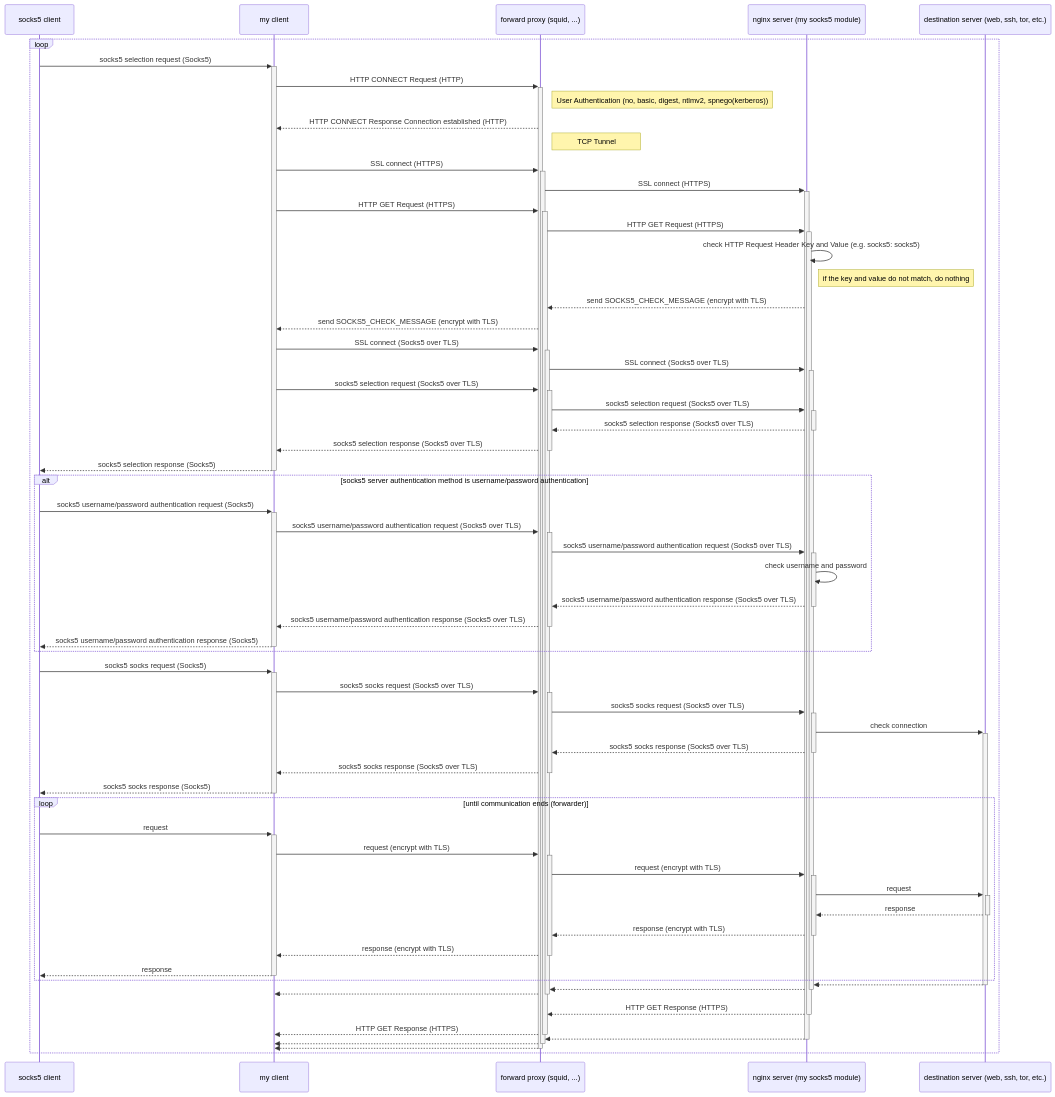
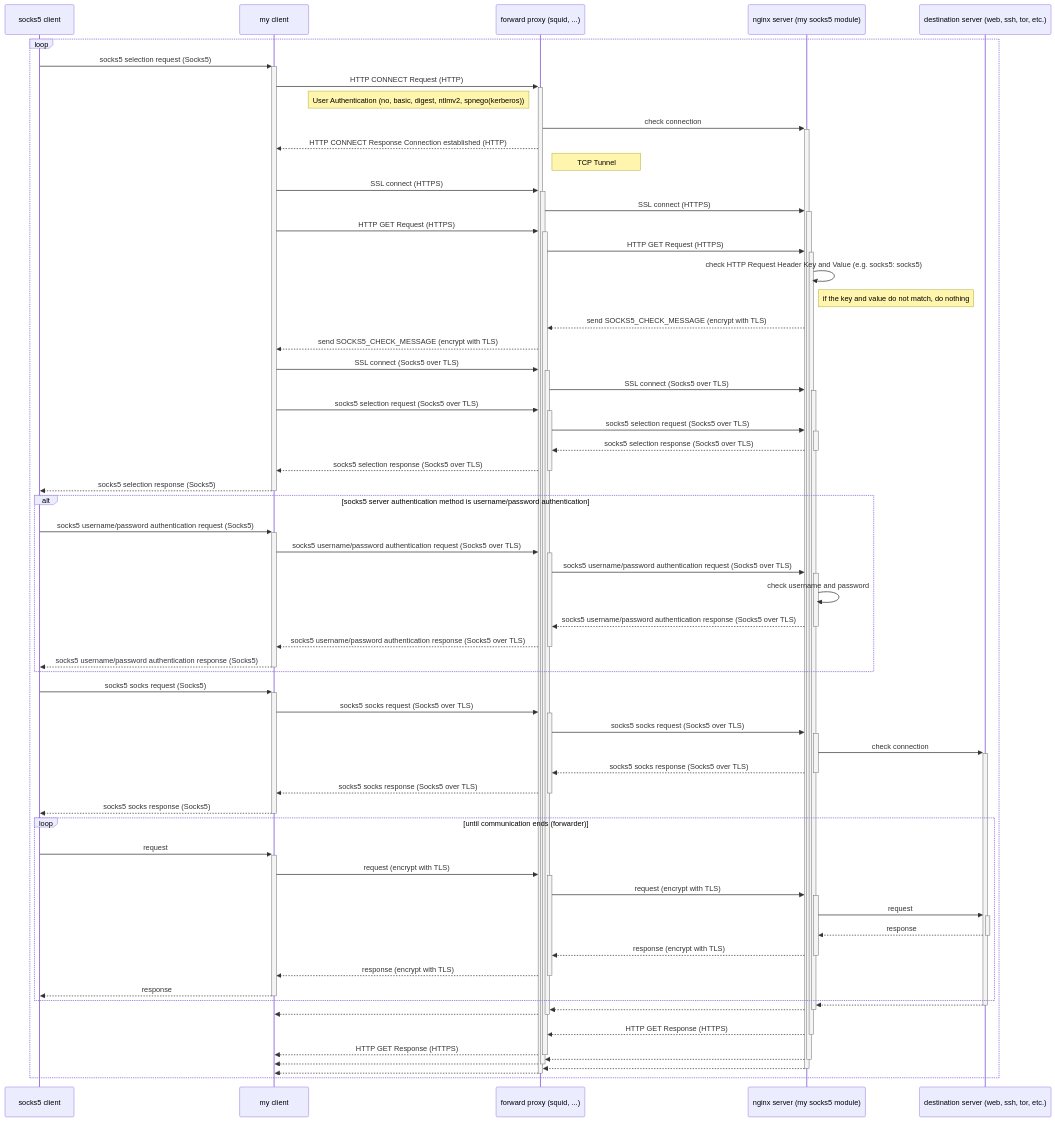
The second of 2 diagrams in README.md (shuichiro-endo/socks5-nginx-module-v2), drawn with Mermaid before and after one commit.

````diff
--- a/README.md
+++ b/README.md
@@ -57,64 +57,66 @@
 ```mermaid
 sequenceDiagram
     participant A as socks5 client
     participant B as my client
     participant C as forward proxy (squid, ...)
     participant D as nginx server (my socks5 module)
     participant E as destination server (web, ssh, tor, etc.)
     loop 
         A->>+B: socks5 selection request (Socks5)
         B->>+C: HTTP CONNECT Request (HTTP)
-        note right of C: User Authentication (no, basic, digest, ntlmv2, spnego(kerberos))
+        note left of C: User Authentication (no, basic, digest, ntlmv2, spnego(kerberos))
+        C->>+D: check connection
         C-->>B: HTTP CONNECT Response Connection established (HTTP)
         note right of C: TCP Tunnel
         B->>+C: SSL connect (HTTPS)
         C->>+D: SSL connect (HTTPS)
         B->>+C: HTTP GET Request (HTTPS)
         C->>+D: HTTP GET Request (HTTPS)
         D->>D: check HTTP Request Header Key and Value (e.g. socks5: socks5)
         note right of D: if the key and value do not match, do nothing
         D-->>C: send SOCKS5_CHECK_MESSAGE (encrypt with TLS)
         C-->>B: send SOCKS5_CHECK_MESSAGE (encrypt with TLS)
         B->>+C: SSL connect (Socks5 over TLS)
         C->>+D: SSL connect (Socks5 over TLS)
         B->>+C: socks5 selection request (Socks5 over TLS)
         C->>+D: socks5 selection request (Socks5 over TLS)
         D-->>-C: socks5 selection response (Socks5 over TLS)
         C-->>-B: socks5 selection response (Socks5 over TLS)
         B-->>-A: socks5 selection response (Socks5)
         alt socks5 server authentication method is username/password authentication
         A->>+B: socks5 username/password authentication request (Socks5)
         B->>+C: socks5 username/password authentication request (Socks5 over TLS)
         C->>+D: socks5 username/password authentication request (Socks5 over TLS)
         D->>D: check username and password
         D-->>-C: socks5 username/password authentication response (Socks5 over TLS)
         C-->>-B: socks5 username/password authentication response (Socks5 over TLS)
         B-->>-A: socks5 username/password authentication response (Socks5)
         end
         A->>+B: socks5 socks request (Socks5)
         B->>+C: socks5 socks request (Socks5 over TLS)
         C->>+D: socks5 socks request (Socks5 over TLS)
         D->>+E: check connection
         D-->>-C: socks5 socks response (Socks5 over TLS)
         C-->>-B: socks5 socks response (Socks5 over TLS)
         B-->>-A: socks5 socks response (Socks5)
         loop until communication ends (forwarder)
             A->>+B: request
             B->>+C: request (encrypt with TLS)
             C->>+D: request (encrypt with TLS)
             D->>+E: request
             E-->>-D: response
             D-->>-C: response (encrypt with TLS)
             C-->>-B: response (encrypt with TLS)
             B-->>-A: response
         end
         E-->>-D: 
         D-->>-C: 
         C-->>-B: 
         D-->>-C: HTTP GET Response (HTTPS)
         C-->>-B: HTTP GET Response (HTTPS)
         D-->>-C: 
         C-->>-B: 
+        D-->>-C: 
         C-->>-B: 
     end
 ```
````
